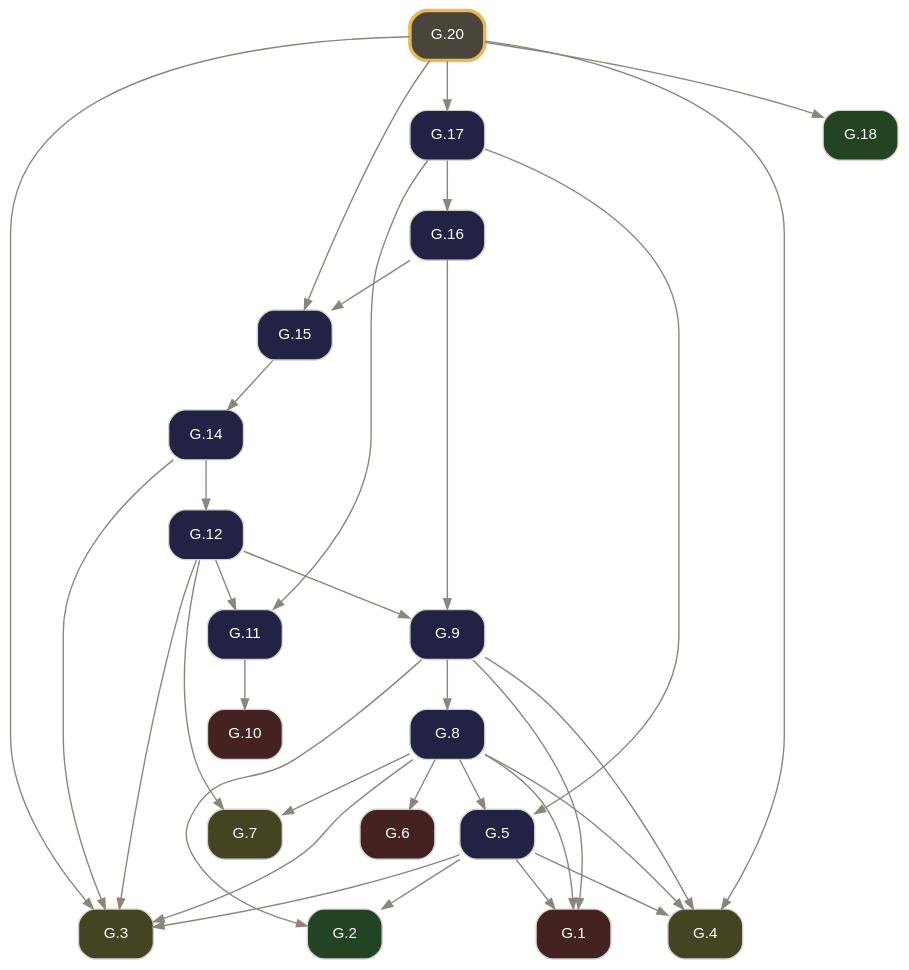
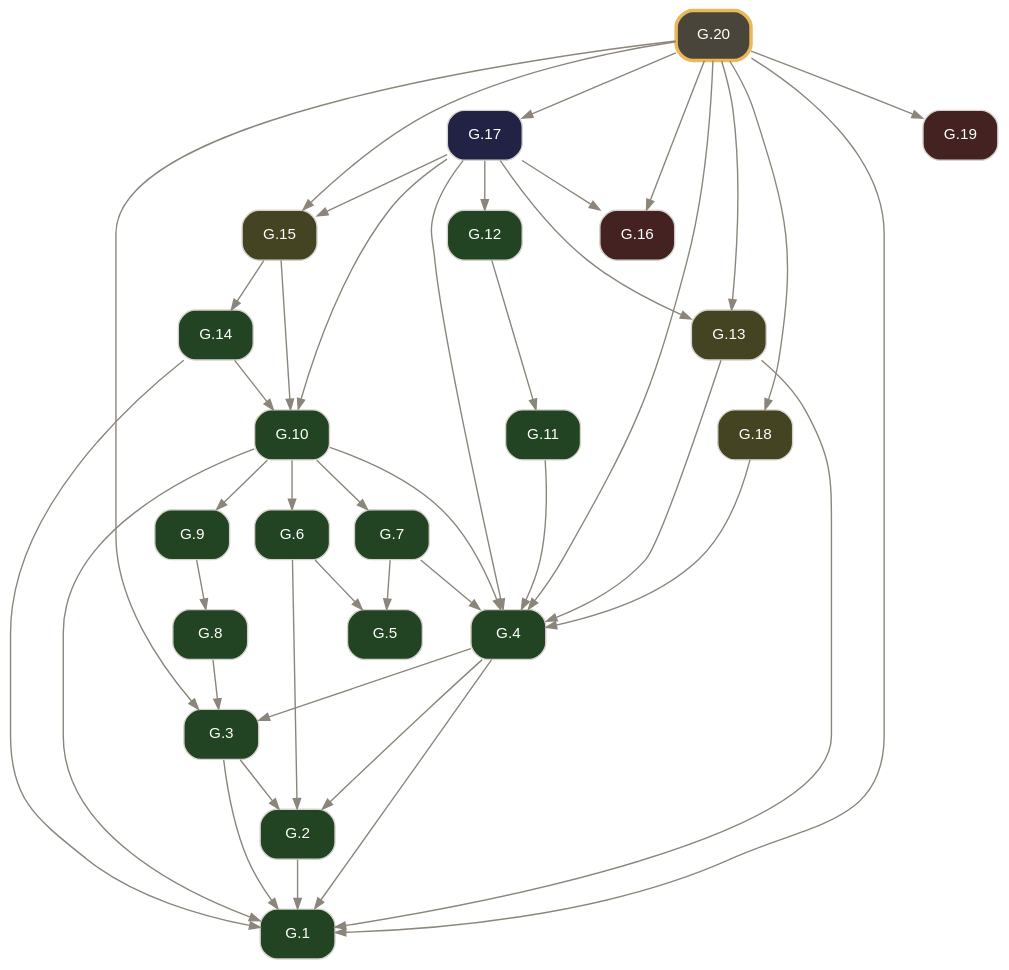
Before and after one commit to geometor/elements: the diagram in docsrc/elements2/G.20/index.rst, drawn with Graphviz. The commit also changed other lines of this file and 2974 other files, not shown here.

Commit message:
feat(elements2): wire defined terms, short verb titles, coincidence operator, and 2-point circle notation (v0.4.0)

```diff
--- a/docsrc/elements2/G.20/index.rst
+++ b/docsrc/elements2/G.20/index.rst
@@ -83,58 +96,69 @@
 .. graphviz::
 
    digraph {
      bgcolor="transparent";
      node [shape=box, style="rounded,filled", fontname="Helvetica", fontsize=11, color="#d6d3cd", fontcolor="#ffffff"];
      edge [color="#8c857b", fontcolor="#8c857b", arrowsize=0.75];
      rankdir="TB";
-     "G.1" [label="G.1", tooltip="G.1 (I.cn.1): Things equal to the same thing are equal to one another.", fillcolor="#442222", URL="../G.1/index.html", target="_top"];
-     "G.2" [label="G.2", tooltip="G.2 (I.def.15): A circle is a plane figure contained by one line such that all segments falling upon it from its center are equal.", fillcolor="#224422", URL="../G.2/index.html", target="_top"];
-     "G.3" [label="G.3", tooltip="G.3 (I.post.1): Construct a segment between any two points.", fillcolor="#444422", URL="../G.3/index.html", target="_top"];
-     "G.4" [label="G.4", tooltip="G.4 (I.post.3): Construct a circle with any center and radius.", fillcolor="#444422", URL="../G.4/index.html", target="_top"];
-     "G.5" [label="G.5", tooltip="G.5 (I.1): Construct an equilateral triangle on a given finite segment.", fillcolor="#222244", URL="../G.5/index.html", target="_top"];
-     "G.6" [label="G.6", tooltip="G.6 (I.cn.3): If equals are subtracted from equals, the remainders are equal.", fillcolor="#442222", URL="../G.6/index.html", target="_top"];
-     "G.7" [label="G.7", tooltip="G.7 (I.post.2): Extend a finite segment continuously in a straight line.", fillcolor="#444422", URL="../G.7/index.html", target="_top"];
-     "G.8" [label="G.8", tooltip="G.8 (I.2): Construct at a given point a segment equal to a given segment.", fillcolor="#222244", URL="../G.8/index.html", target="_top"];
-     "G.9" [label="G.9", tooltip="G.9 (I.3): Cut off from the greater of two unequal segments a segment equal to the less.", fillcolor="#222244", URL="../G.9/index.html", target="_top"];
-     "G.10" [label="G.10", tooltip="G.10 (I.cn.4): Things that coincide with one another are equal.", fillcolor="#442222", URL="../G.10/index.html", target="_top"];
-     "G.11" [label="G.11", tooltip="G.11 (I.4): Triangles with two sides and the included angle equal are congruent (SAS).", fillcolor="#222244", URL="../G.11/index.html", target="_top"];
-     "G.12" [label="G.12", tooltip="G.12 (I.5): In an isosceles triangle, the angles at the base are equal, and if the equal sides are extended, the angles under the base are equal.", fillcolor="#222244", URL="../G.12/index.html", target="_top"];
-     "G.14" [label="G.14", tooltip="G.14 (I.7): On the same segment and on the same side, there cannot be constructed two distinct triangles with both pairs of conterminous sides equal.", fillcolor="#222244", URL="../G.14/index.html", target="_top"];
-     "G.15" [label="G.15", tooltip="G.15 (I.8): Triangles with all three corresponding sides equal have their corresponding angles equal (SSS).", fillcolor="#222244", URL="../G.15/index.html", target="_top"];
-     "G.16" [label="G.16", tooltip="G.16 (I.9): Bisect a given angle.", fillcolor="#222244", URL="../G.16/index.html", target="_top"];
-     "G.17" [label="G.17", tooltip="G.17 (I.10): Bisect a given finite segment.", fillcolor="#222244", URL="../G.17/index.html", target="_top"];
-     "G.18" [label="G.18", tooltip="G.18 (I.def.10): When a straight line standing on a straight line makes the adjacent angles equal, each of the equal angles is a right angle, and the standing line is perpendicular to that on which...", fillcolor="#224422", URL="../G.18/index.html", target="_top"];
-     "G.20" [label="G.20", tooltip="G.20 (I.12): Construct a perpendicular to a given infinite line from a given point not on it.", penwidth=2.5, color="#e8b85a", fillcolor="#4a453b", URL="index.html", target="_top"];
-     "G.5" -> "G.1";
-     "G.8" -> "G.1";
-     "G.9" -> "G.1";
-     "G.5" -> "G.2";
-     "G.9" -> "G.2";
-     "G.5" -> "G.3";
+     "G.1" [label="G.1", tooltip="G.1 (I.def.1): A point A is that which has no part.", fillcolor="#224422", URL="../G.1/index.html", target="_top"];
+     "G.2" [label="G.2", tooltip="G.2 (I.def.2): A line [ A B ] is a projection of a relationship of two points A, B.", fillcolor="#224422", URL="../G.2/index.html", target="_top"];
+     "G.3" [label="G.3", tooltip="G.3 (I.def.3): The extremities of a segment / A B / are points A, B.", fillcolor="#224422", URL="../G.3/index.html", target="_top"];
+     "G.4" [label="G.4", tooltip="G.4 (I.def.4): A segment / A B / is a portion of a line [ A B ] between two points A, B on the line.", fillcolor="#224422", URL="../G.4/index.html", target="_top"];
+     "G.5" [label="G.5", tooltip="G.5 (I.def.5): A surface is that which has length and breadth only.", fillcolor="#224422", URL="../G.5/index.html", target="_top"];
+     "G.6" [label="G.6", tooltip="G.6 (I.def.6): The extremities of a surface are lines or arcs.", fillcolor="#224422", URL="../G.6/index.html", target="_top"];
+     "G.7" [label="G.7", tooltip="G.7 (I.def.7): A plane surface lies evenly with the lines on itself.", fillcolor="#224422", URL="../G.7/index.html", target="_top"];
+     "G.8" [label="G.8", tooltip="G.8 (I.def.13): A boundary is the extremity of anything.", fillcolor="#224422", URL="../G.8/index.html", target="_top"];
+     "G.9" [label="G.9", tooltip="G.9 (I.def.14): A figure is that which is contained by any boundary or boundaries.", fillcolor="#224422", URL="../G.9/index.html", target="_top"];
+     "G.10" [label="G.10", tooltip="G.10 (I.def.15): A circle ( A B ) is a plane figure contained by one arc defined by a center A and a point B establishing its defining radius / A B /, such that all segments / A B /, / A C /, / A D...", fillcolor="#224422", URL="../G.10/index.html", target="_top"];
+     "G.11" [label="G.11", tooltip="G.11 (I.def.19): Rectilineal figures are contained by segments: trilateral by three, quadrilateral by four, and multilateral by more than four.", fillcolor="#224422", URL="../G.11/index.html", target="_top"];
+     "G.12" [label="G.12", tooltip="G.12 (I.def.20): Of trilateral figures, an equilateral triangle < A B C > has three equal sides, an isosceles triangle < D E F > has two equal sides, and a scalene triangle < G H K > has three uneq...", fillcolor="#224422", URL="../G.12/index.html", target="_top"];
+     "G.13" [label="G.13", tooltip="G.13 (I.post.1): Construct a segment / A B / between any two points A, B.", fillcolor="#444422", URL="../G.13/index.html", target="_top"];
+     "G.14" [label="G.14", tooltip="G.14 (I.def.16): The point A within the circle ( A B ) from which all segments / A B /, / A C / to the arc are equal is called the center of the circle.", fillcolor="#224422", URL="../G.14/index.html", target="_top"];
+     "G.15" [label="G.15", tooltip="G.15 (I.post.3): Construct a circle ( A B ) with center A and defining radius point B.", fillcolor="#444422", URL="../G.15/index.html", target="_top"];
+     "G.16" [label="G.16", tooltip="G.16 (I.cn.1): Things equal to the same thing are equal to one another.", fillcolor="#442222", URL="../G.16/index.html", target="_top"];
+     "G.17" [label="G.17", tooltip="G.17 (I.1): Construct an equilateral triangle on a given segment.", fillcolor="#222244", URL="../G.17/index.html", target="_top"];
+     "G.18" [label="G.18", tooltip="G.18 (I.post.2): Extend a segment / A B / continuously along a line [ A B ] to / B C /.", fillcolor="#444422", URL="../G.18/index.html", target="_top"];
+     "G.19" [label="G.19", tooltip="G.19 (I.cn.3): If equals are subtracted from equals, the remainders are equal.", fillcolor="#442222", URL="../G.19/index.html", target="_top"];
+     "G.20" [label="G.20", tooltip="G.20 (I.2): Construct at a given point a segment equal to a given segment.", penwidth=2.5, color="#e8b85a", fillcolor="#4a453b", URL="index.html", target="_top"];
+     "G.2" -> "G.1";
+     "G.3" -> "G.1";
+     "G.4" -> "G.1";
+     "G.10" -> "G.1";
+     "G.13" -> "G.1";
+     "G.14" -> "G.1";
+     "G.20" -> "G.1";
+     "G.3" -> "G.2";
+     "G.4" -> "G.2";
+     "G.6" -> "G.2";
+     "G.4" -> "G.3";
      "G.8" -> "G.3";
-     "G.12" -> "G.3";
-     "G.14" -> "G.3";
      "G.20" -> "G.3";
-     "G.5" -> "G.4";
-     "G.8" -> "G.4";
-     "G.9" -> "G.4";
+     "G.7" -> "G.4";
+     "G.10" -> "G.4";
+     "G.11" -> "G.4";
+     "G.13" -> "G.4";
+     "G.17" -> "G.4";
+     "G.18" -> "G.4";
      "G.20" -> "G.4";
-     "G.8" -> "G.5";
-     "G.17" -> "G.5";
-     "G.8" -> "G.6";
-     "G.8" -> "G.7";
-     "G.12" -> "G.7";
+     "G.6" -> "G.5";
+     "G.7" -> "G.5";
+     "G.10" -> "G.6";
+     "G.10" -> "G.7";
      "G.9" -> "G.8";
-     "G.12" -> "G.9";
-     "G.16" -> "G.9";
-     "G.11" -> "G.10";
+     "G.10" -> "G.9";
+     "G.14" -> "G.10";
+     "G.15" -> "G.10";
+     "G.17" -> "G.10";
      "G.12" -> "G.11";
-     "G.17" -> "G.11";
-     "G.14" -> "G.12";
+     "G.17" -> "G.12";
+     "G.17" -> "G.13";
+     "G.20" -> "G.13";
      "G.15" -> "G.14";
-     "G.16" -> "G.15";
+     "G.17" -> "G.15";
      "G.20" -> "G.15";
      "G.17" -> "G.16";
+     "G.20" -> "G.16";
      "G.20" -> "G.17";
      "G.20" -> "G.18";
+     "G.20" -> "G.19";
    }
```
